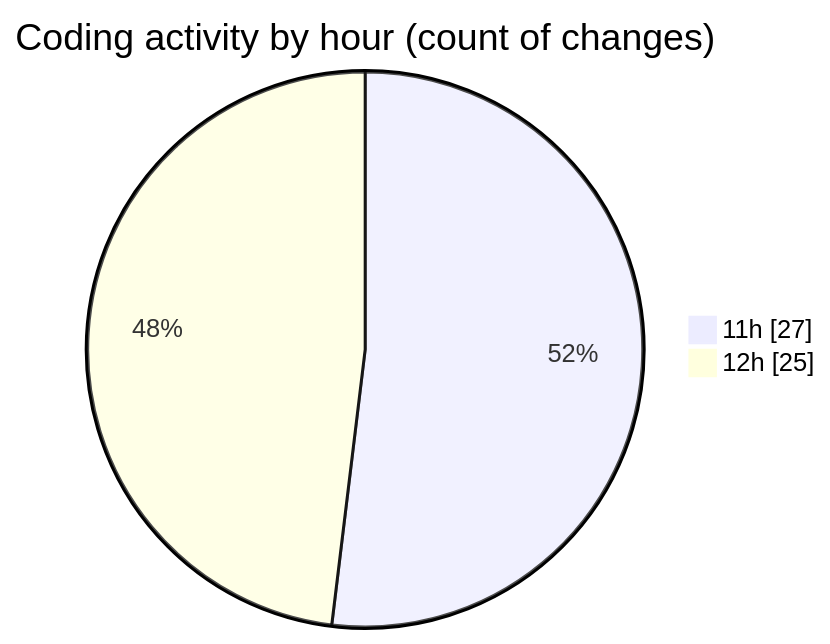
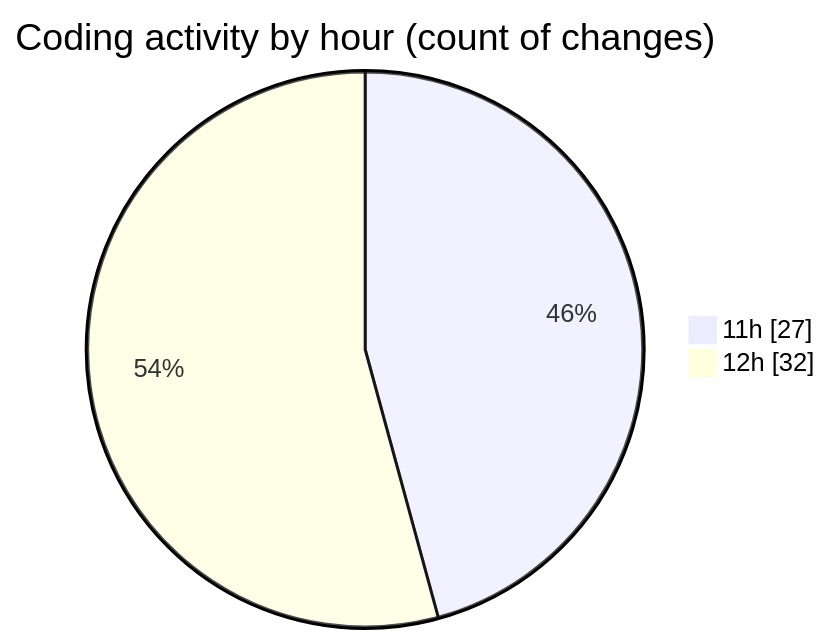
The second of 2 diagrams in 2026-01-05/cda/README.md (momahboobian/code-tracking), drawn with Mermaid before and after one commit. The commit also changed other lines of this file and 1 other file, not shown here.

````diff
--- a/2026-01-05/cda/README.md
+++ b/2026-01-05/cda/README.md
@@ -34,6 +35,6 @@
 ```mermaid
 pie showData
 title Coding activity by hour (count of changes)
 "11h" : 27
-"12h" : 25
+"12h" : 32
 ```
````
